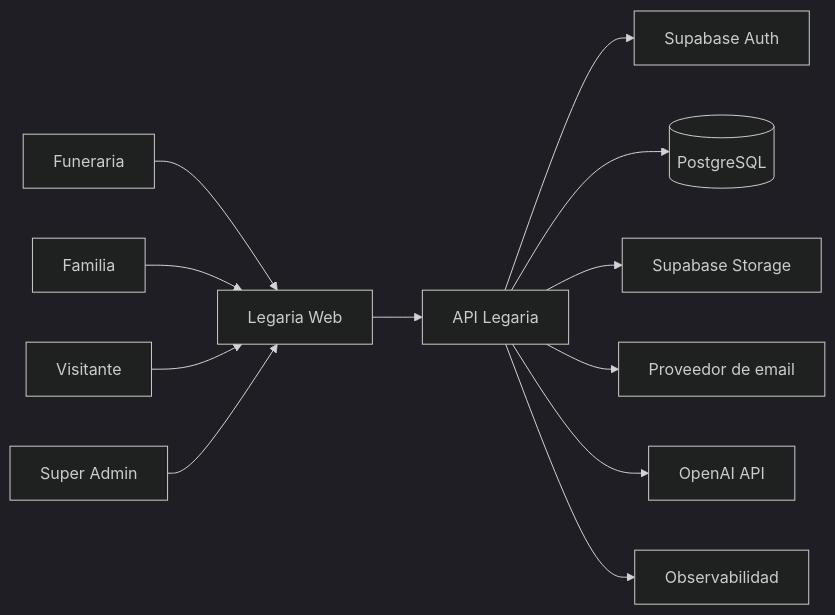
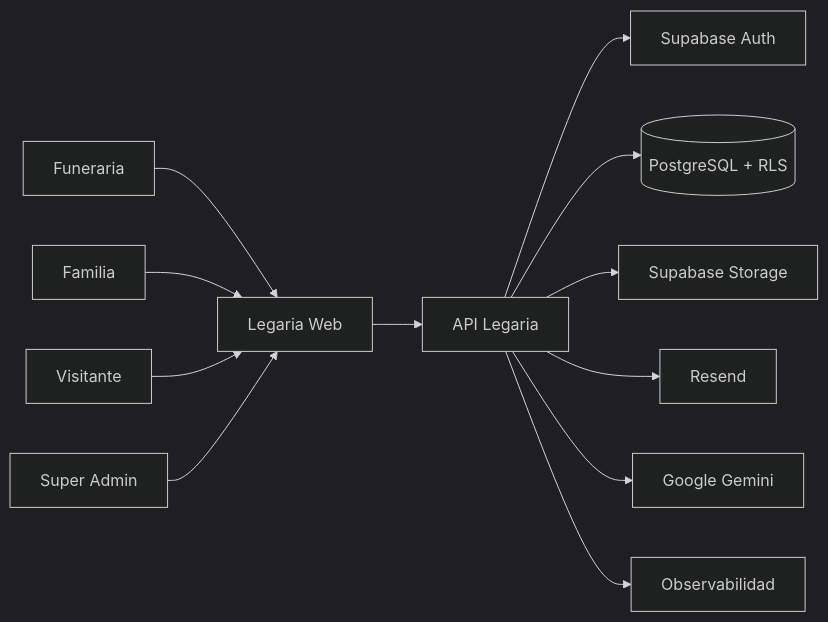
Before and after one commit to serpermar/Legaria: the first of 4 diagrams in docs/01-arquitectura.md, drawn with Mermaid (dark theme). The commit also changed other lines of this file and 10 other files, not shown here.

````diff
--- a/docs/01-arquitectura.md
+++ b/docs/01-arquitectura.md
@@ -21,14 +21,14 @@
 ```mermaid
 flowchart LR
     FH[Funeraria] --> WEB[Legaria Web]
     FAM[Familia] --> WEB
     VIS[Visitante] --> WEB
     ADM[Super Admin] --> WEB
     WEB --> API[API Legaria]
     API --> AUTH[Supabase Auth]
-    API --> DB[(PostgreSQL)]
+    API --> DB[(PostgreSQL + RLS)]
     API --> ST[Supabase Storage]
-    API --> MAIL[Proveedor de email]
-    API --> AI[OpenAI API]
+    API --> MAIL[Resend]
+    API --> AI[Google Gemini]
     API --> OBS[Observabilidad]
 ```
````
